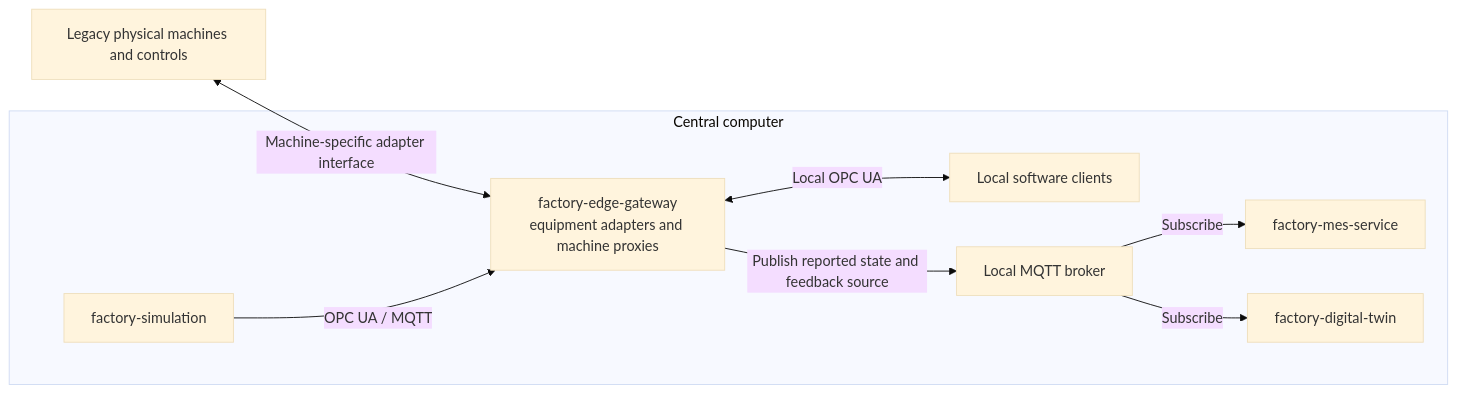
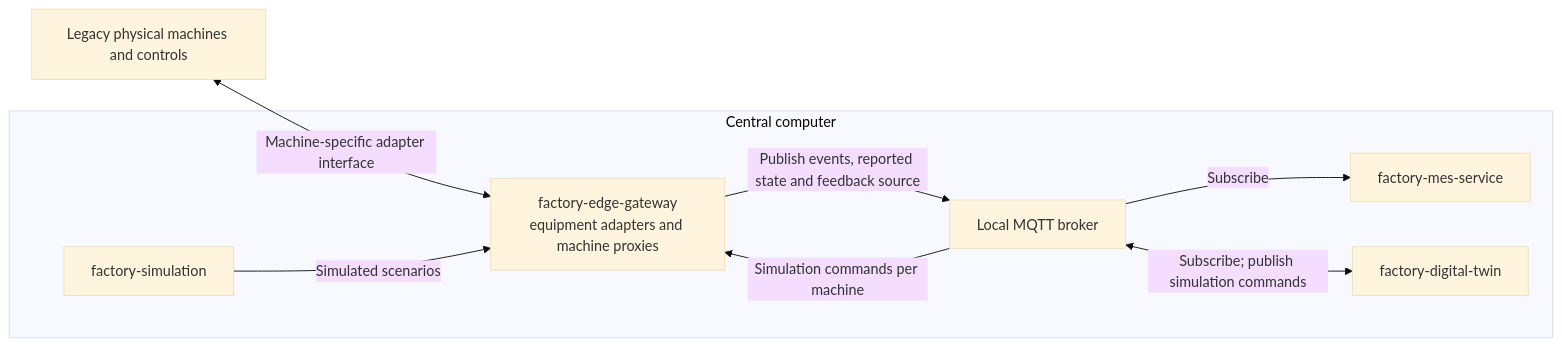
One commit to feintechnikschule/factory-hub changed the first of 4 diagrams in docs/architecture/overview.md. Above: the diagram before and after it, drawn with Mermaid (base theme). The commit also changed other lines of this file and 6 other files, not shown here.

Commit message:
docs: drop OPC UA from interface baseline and overview diagram

````diff
--- a/docs/architecture/overview.md
+++ b/docs/architecture/overview.md
@@ -3,13 +3,13 @@
 ```mermaid
 flowchart LR
     Physical[Legacy physical machines and controls]
     Physical <-->|Machine-specific adapter interface| Edge
     subgraph Central[Central computer]
         Edge[factory-edge-gateway<br/>equipment adapters and machine proxies]
-        Edge <-->|Local OPC UA| Clients[Local software clients]
-        Edge -->|Publish reported state and feedback source| Broker[Local MQTT broker]
+        Edge -->|Publish events, reported state and feedback source| Broker[Local MQTT broker]
+        Broker -->|Simulation commands per machine| Edge
         Broker -->|Subscribe| MES[factory-mes-service]
-        Broker -->|Subscribe| Twin[factory-digital-twin]
-        Sim[factory-simulation] -->|OPC UA / MQTT| Edge
+        Broker <-->|Subscribe; publish simulation commands| Twin[factory-digital-twin]
+        Sim[factory-simulation] -->|Simulated scenarios| Edge
     end
 ```
````
